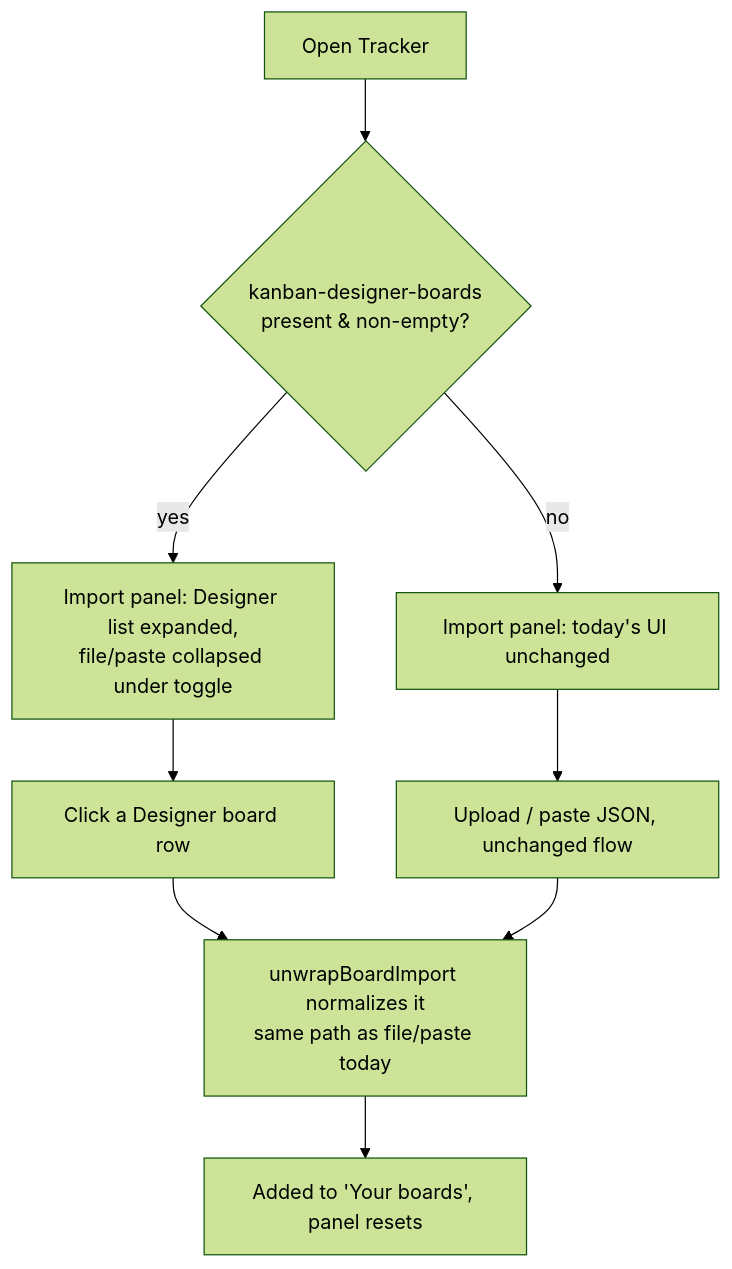
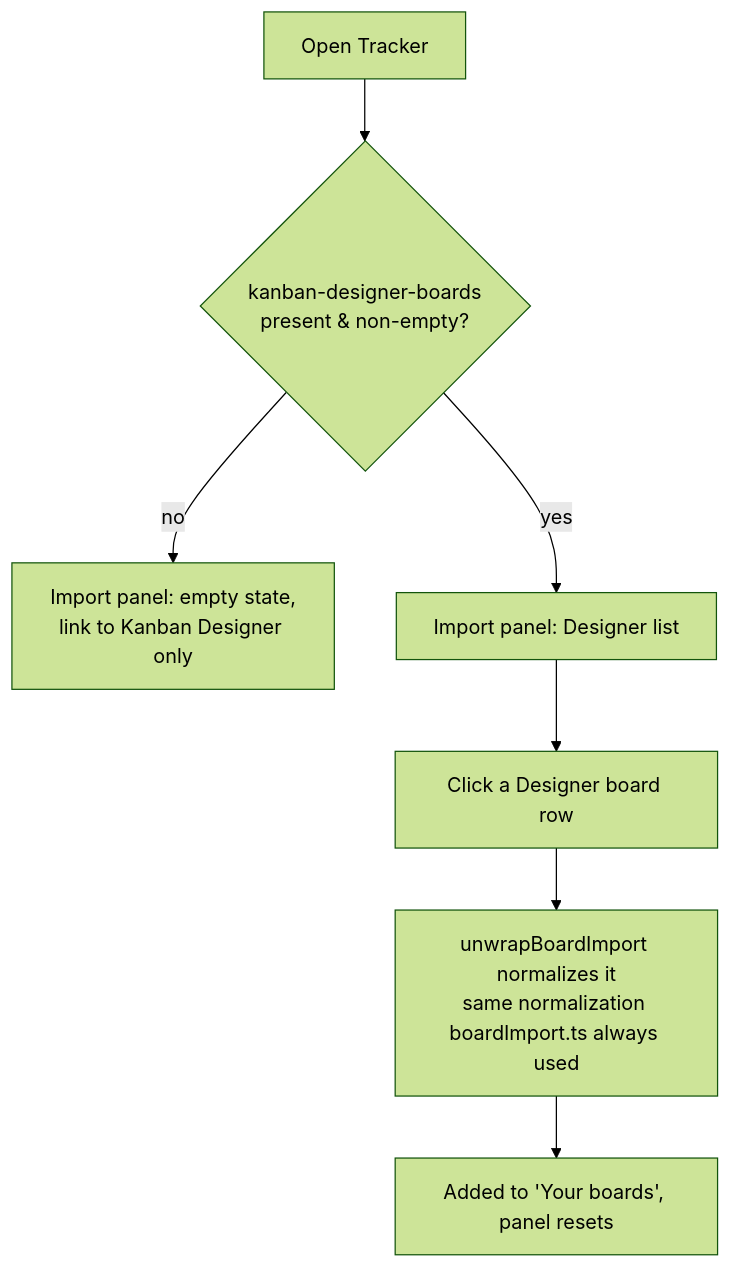
The diagram in .artefacts/features/2026-09-04-localstorage-board-import/ux-design.md (agile-toolkit/kanban-tracker), drawn with Mermaid (forest theme) before and after one commit. The commit also changed other lines of this file and 4 other files, not shown here.

First line of the commit message:
docs(kanban-tracker): apply UAT decision — remove JSON import, not fallback

````diff
--- a/.artefacts/features/2026-09-04-localstorage-board-import/ux-design.md
+++ b/.artefacts/features/2026-09-04-localstorage-board-import/ux-design.md
@@ -89,11 +105,9 @@
 ```mermaid
 flowchart TD
     A[Open Tracker] --> B{kanban-designer-boards<br/>present & non-empty?}
-    B -- no --> C[Import panel: today's UI unchanged]
-    B -- yes --> D[Import panel: Designer list expanded,<br/>file/paste collapsed under toggle]
+    B -- no --> C[Import panel: empty state,<br/>link to Kanban Designer only]
+    B -- yes --> D[Import panel: Designer list]
     D --> E[Click a Designer board row]
-    E --> F[unwrapBoardImport normalizes it<br/>same path as file/paste today]
+    E --> F[unwrapBoardImport normalizes it<br/>same normalization boardImport.ts always used]
     F --> G[Added to 'Your boards', panel resets]
-    C --> H[Upload / paste JSON, unchanged flow]
-    H --> F
 ```
````
